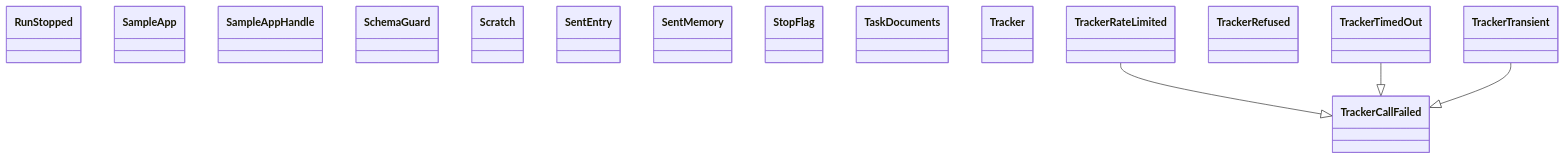
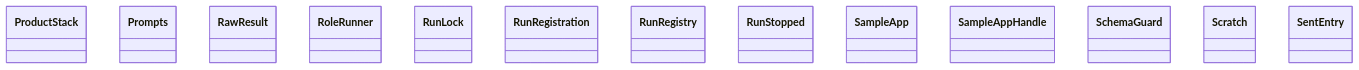
Before and after one commit to GonzaloZevallos/agentic-system: the diagram in docs/architecture/generated/classes-process-application-support-4.md, drawn with Mermaid. The commit also changed other lines of this file and 15 other files, not shown here.

````diff
--- a/docs/architecture/generated/classes-process-application-support-4.md
+++ b/docs/architecture/generated/classes-process-application-support-4.md
@@ -15,21 +16,16 @@
 ```mermaid
 classDiagram
+    class ports__ProductStack["ProductStack"]
+    class ports__Prompts["Prompts"]
+    class ports__RawResult["RawResult"]
+    class ports__RoleRunner["RoleRunner"]
+    class ports__RunLock["RunLock"]
+    class ports__RunRegistration["RunRegistration"]
+    class ports__RunRegistry["RunRegistry"]
     class ports__RunStopped["RunStopped"]
     class ports__SampleApp["SampleApp"]
     class ports__SampleAppHandle["SampleAppHandle"]
     class ports__SchemaGuard["SchemaGuard"]
     class ports__Scratch["Scratch"]
     class ports__SentEntry["SentEntry"]
-    class ports__SentMemory["SentMemory"]
-    class ports__StopFlag["StopFlag"]
-    class ports__TaskDocuments["TaskDocuments"]
-    class ports__Tracker["Tracker"]
-    class ports__TrackerCallFailed["TrackerCallFailed"]
-    class ports__TrackerRateLimited["TrackerRateLimited"]
-    class ports__TrackerRefused["TrackerRefused"]
-    class ports__TrackerTimedOut["TrackerTimedOut"]
-    class ports__TrackerTransient["TrackerTransient"]
-    ports__TrackerRateLimited --|> ports__TrackerCallFailed
-    ports__TrackerTimedOut --|> ports__TrackerCallFailed
-    ports__TrackerTransient --|> ports__TrackerCallFailed
 ```
````
